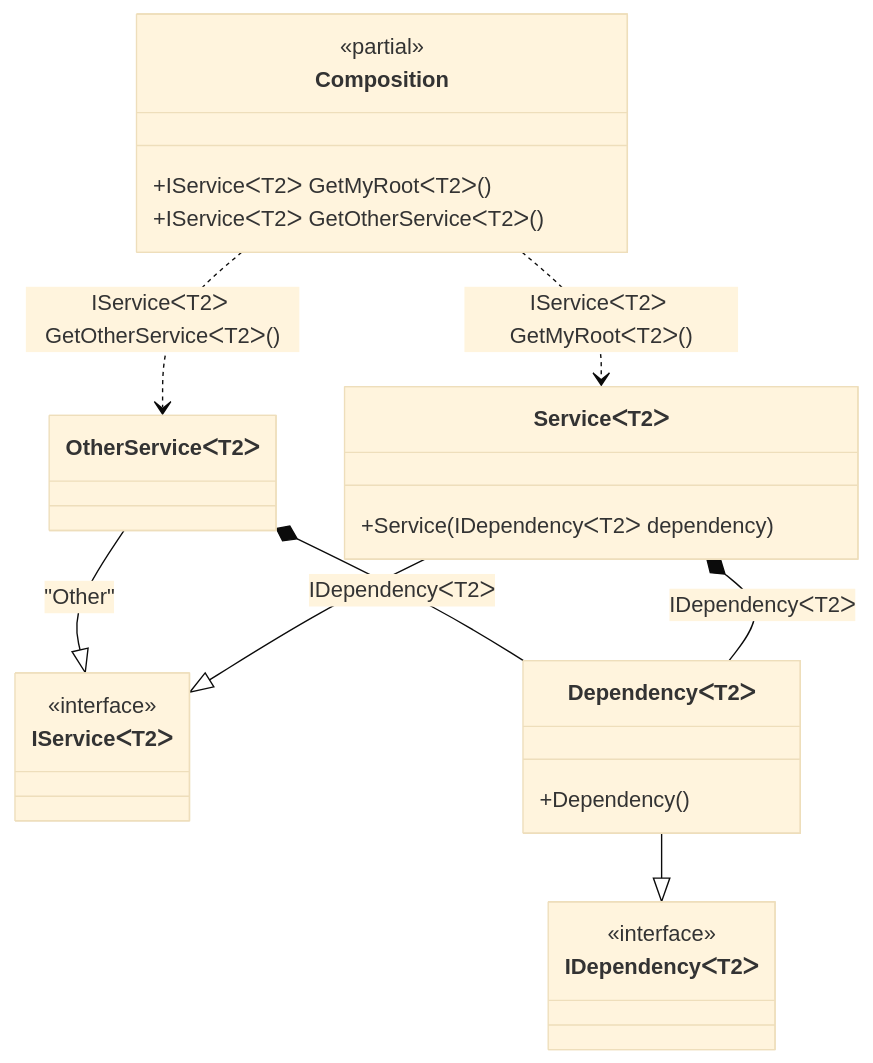
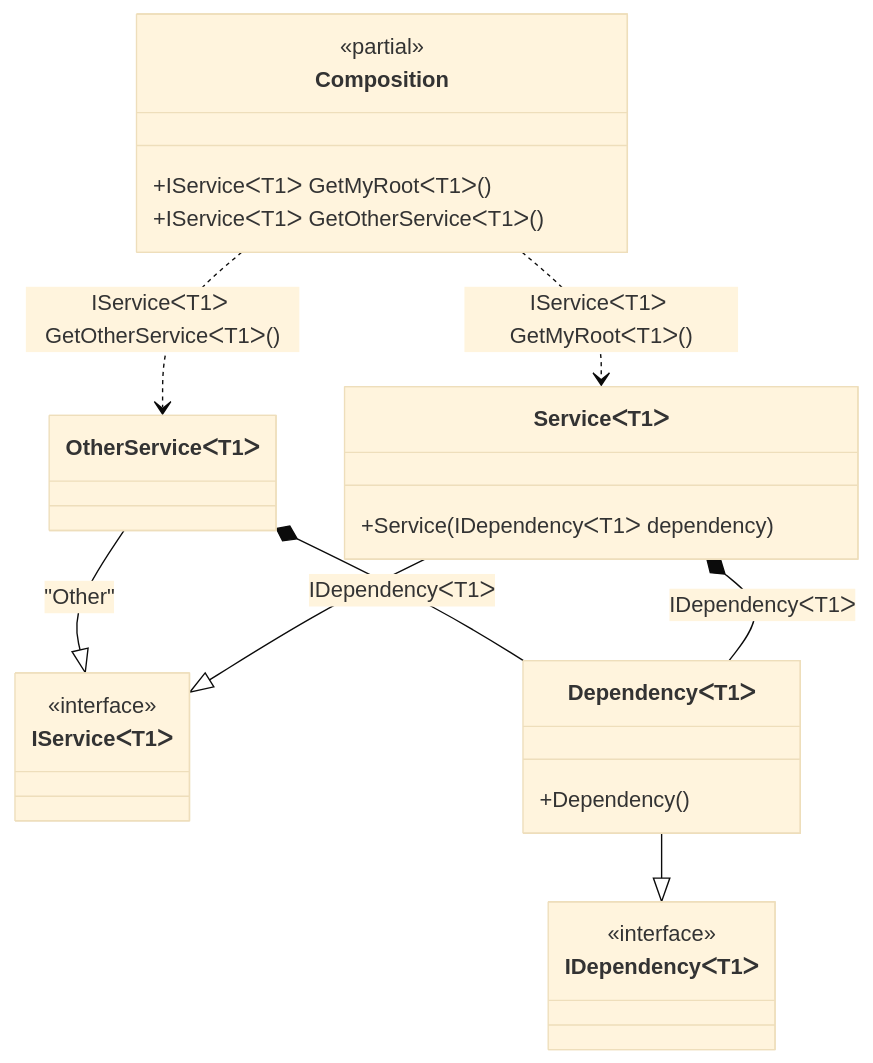
The diagram in readme/generic-composition-roots.md (DevTeam/Pure.DI), drawn with Mermaid (base theme) before and after one commit. The commit also changed other lines of this file and 14 other files, not shown here.

````diff
--- a/readme/generic-composition-roots.md
+++ b/readme/generic-composition-roots.md
@@ -94,28 +94,28 @@
 ```mermaid
 classDiagram
 	class Composition {
 		<<partial>>
-		+IServiceᐸT2ᐳ GetMyRootᐸT2ᐳ()
-		+IServiceᐸT2ᐳ GetOtherServiceᐸT2ᐳ()
+		+IServiceᐸT1ᐳ GetMyRootᐸT1ᐳ()
+		+IServiceᐸT1ᐳ GetOtherServiceᐸT1ᐳ()
 	}
-	OtherServiceᐸT2ᐳ --|> IServiceᐸT2ᐳ : "Other" 
-	class OtherServiceᐸT2ᐳ
-	ServiceᐸT2ᐳ --|> IServiceᐸT2ᐳ
-	class ServiceᐸT2ᐳ {
-		+Service(IDependencyᐸT2ᐳ dependency)
+	OtherServiceᐸT1ᐳ --|> IServiceᐸT1ᐳ : "Other" 
+	class OtherServiceᐸT1ᐳ
+	ServiceᐸT1ᐳ --|> IServiceᐸT1ᐳ
+	class ServiceᐸT1ᐳ {
+		+Service(IDependencyᐸT1ᐳ dependency)
 	}
-	DependencyᐸT2ᐳ --|> IDependencyᐸT2ᐳ
-	class DependencyᐸT2ᐳ {
+	DependencyᐸT1ᐳ --|> IDependencyᐸT1ᐳ
+	class DependencyᐸT1ᐳ {
 		+Dependency()
 	}
-	class IServiceᐸT2ᐳ {
+	class IServiceᐸT1ᐳ {
 		<<interface>>
 	}
-	class IDependencyᐸT2ᐳ {
+	class IDependencyᐸT1ᐳ {
 		<<interface>>
 	}
-	Composition ..> OtherServiceᐸT2ᐳ : IServiceᐸT2ᐳ GetOtherServiceᐸT2ᐳ()
-	Composition ..> ServiceᐸT2ᐳ : IServiceᐸT2ᐳ GetMyRootᐸT2ᐳ()
-	OtherServiceᐸT2ᐳ *--  DependencyᐸT2ᐳ : IDependencyᐸT2ᐳ
-	ServiceᐸT2ᐳ *--  DependencyᐸT2ᐳ : IDependencyᐸT2ᐳ
+	Composition ..> OtherServiceᐸT1ᐳ : IServiceᐸT1ᐳ GetOtherServiceᐸT1ᐳ()
+	Composition ..> ServiceᐸT1ᐳ : IServiceᐸT1ᐳ GetMyRootᐸT1ᐳ()
+	OtherServiceᐸT1ᐳ *--  DependencyᐸT1ᐳ : IDependencyᐸT1ᐳ
+	ServiceᐸT1ᐳ *--  DependencyᐸT1ᐳ : IDependencyᐸT1ᐳ
 ```
````
